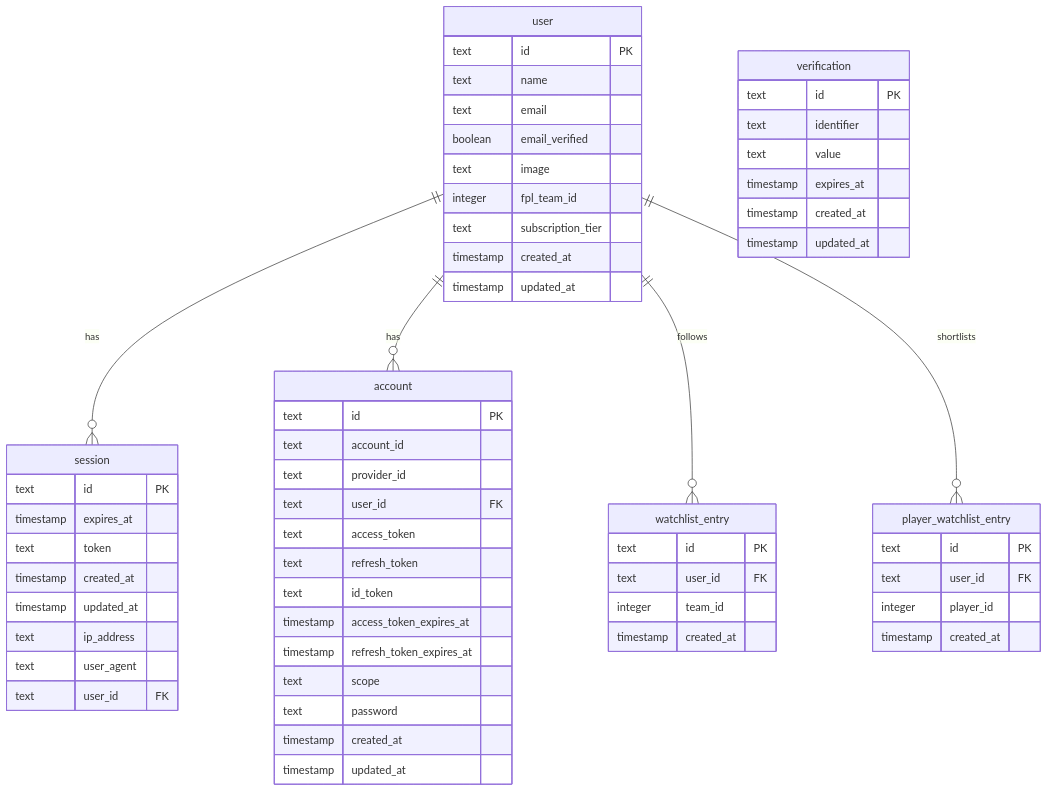
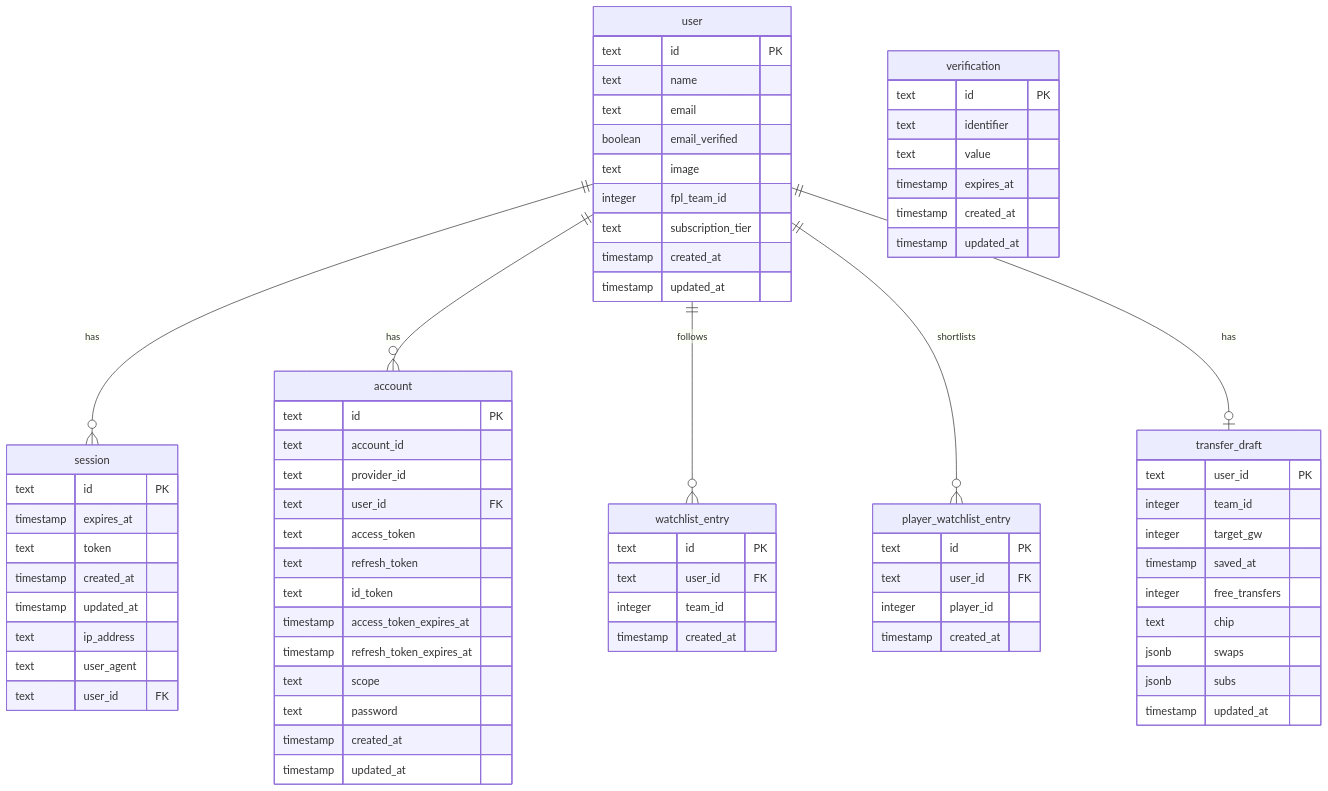
One commit to iuriev/fpl changed the diagram in docs/db-schema.md. Above: the diagram before and after it, drawn with Mermaid. The commit also changed other lines of this file and 23 other files, not shown here.

First line of the commit message:
feat: persist transfer planner draft on backend (PLAN-00)

````diff
--- a/docs/db-schema.md
+++ b/docs/db-schema.md
@@ -101,65 +117,77 @@
 ```mermaid
 erDiagram
     user {
         text id PK
         text name
         text email
         boolean email_verified
         text image
         integer fpl_team_id
         text subscription_tier
         timestamp created_at
         timestamp updated_at
     }
     session {
         text id PK
         timestamp expires_at
         text token
         timestamp created_at
         timestamp updated_at
         text ip_address
         text user_agent
         text user_id FK
     }
     account {
         text id PK
         text account_id
         text provider_id
         text user_id FK
         text access_token
         text refresh_token
         text id_token
         timestamp access_token_expires_at
         timestamp refresh_token_expires_at
         text scope
         text password
         timestamp created_at
         timestamp updated_at
     }
     verification {
         text id PK
         text identifier
         text value
         timestamp expires_at
         timestamp created_at
         timestamp updated_at
     }
 
     watchlist_entry {
         text id PK
         text user_id FK
         integer team_id
         timestamp created_at
     }
     player_watchlist_entry {
         text id PK
         text user_id FK
         integer player_id
         timestamp created_at
     }
+    transfer_draft {
+        text user_id PK
+        integer team_id
+        integer target_gw
+        timestamp saved_at
+        integer free_transfers
+        text chip
+        jsonb swaps
+        jsonb subs
+        timestamp updated_at
+    }
 
     user ||--o{ session : "has"
     user ||--o{ account : "has"
     user ||--o{ watchlist_entry : "follows"
     user ||--o{ player_watchlist_entry : "shortlists"
+    user ||--o| transfer_draft : "has"
 ```
````
